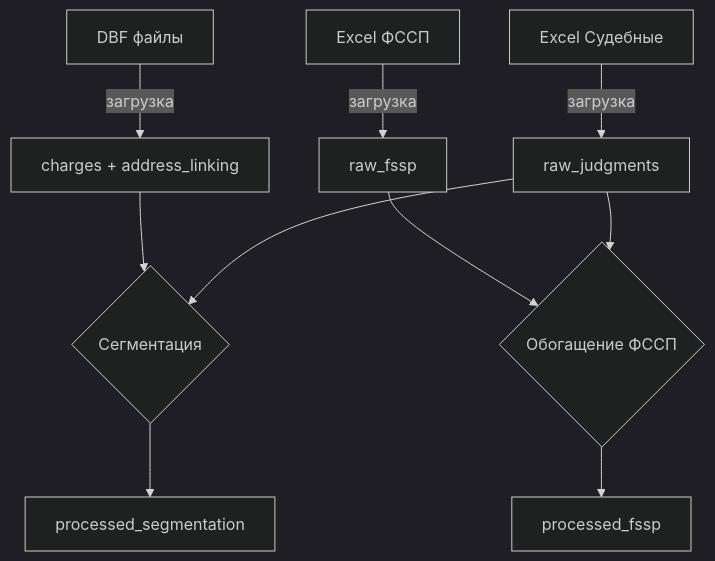
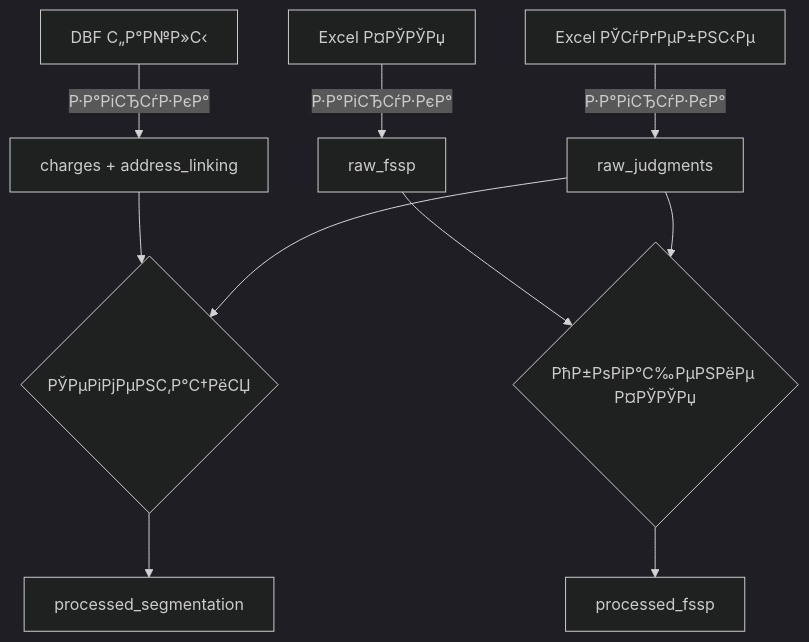
Before and after one commit to turinyura/DebtManagerApp2_v2-docs: the second of 2 diagrams in docs/DB_SCHEMA.md, drawn with Mermaid (dark theme). The commit also changed other lines of this file and 8 other files, not shown here.

````diff
--- a/docs/DB_SCHEMA.md
+++ b/docs/DB_SCHEMA.md
@@ -195,14 +195,14 @@
 ```mermaid
 flowchart TD
-    A[DBF файлы] -->|загрузка| B[charges + address_linking]
-    C[Excel ФССП] -->|загрузка| D[raw_fssp]
-    E[Excel Судебные] -->|загрузка| F[raw_judgments]
+    A[DBF С„Р°Р№Р»С‹] -->|Р·Р°РіСЂСѓР·РєР°| B[charges + address_linking]
+    C[Excel Р¤РЎРЎРџ] -->|Р·Р°РіСЂСѓР·РєР°| D[raw_fssp]
+    E[Excel РЎСѓРґРµР±РЅС‹Рµ] -->|Р·Р°РіСЂСѓР·РєР°| F[raw_judgments]
     
-    D --> G{Обогащение ФССП}
+    D --> G{РћР±РѕРіР°С‰РµРЅРёРµ Р¤РЎРЎРџ}
     F --> G
     G --> H[processed_fssp]
     
-    B --> I{Сегментация}
+    B --> I{РЎРµРіРјРµРЅС‚Р°С†РёСЏ}
     F --> I
     I --> J[processed_segmentation]
 ```
````
